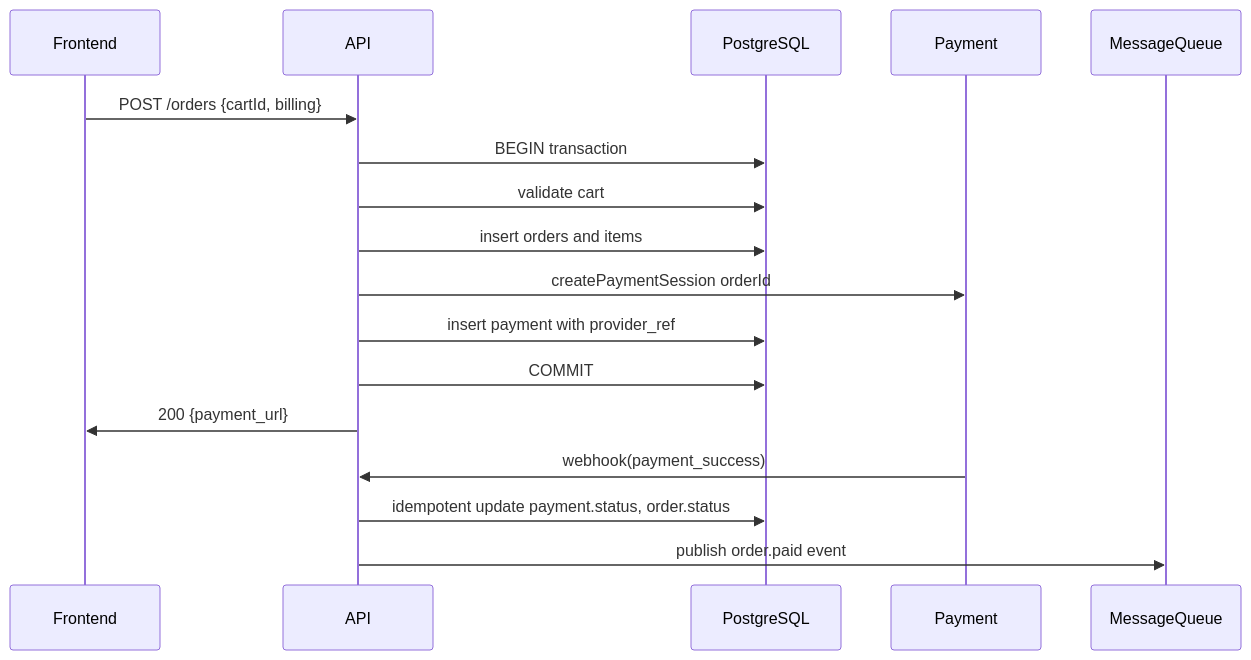
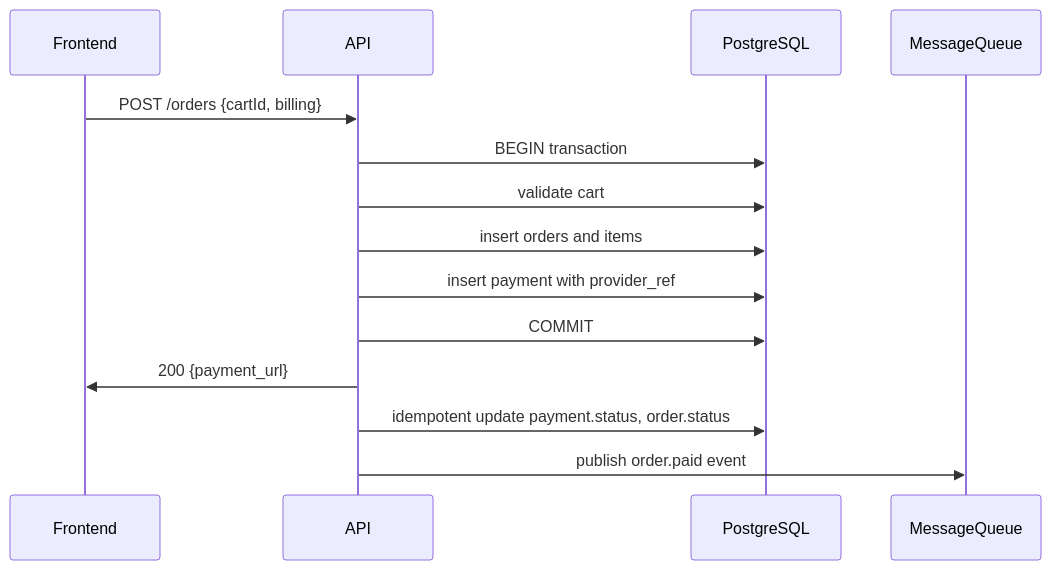
The third of 5 diagrams in docs/arc42.md (CM-market/transac), drawn with Mermaid before and after one commit. The commit also changed other lines of this file and 16 other files, not shown here.

````diff
--- a/docs/arc42.md
+++ b/docs/arc42.md
@@ -171,20 +140,17 @@
 ```mermaid
 sequenceDiagram
   participant F as Frontend
   participant A as API
   participant DB as PostgreSQL
-  participant P as Payment
   participant MQ as MessageQueue
 
   F->>A: POST /orders {cartId, billing}
   A->>DB: BEGIN transaction
   A->>DB: validate cart
   A->>DB: insert orders and items
-  A->>P: createPaymentSession orderId
   A->>DB: insert payment with provider_ref
   A->>DB: COMMIT
   A->>F: 200 {payment_url}
-  P->>A: webhook(payment_success)
   A->>DB: idempotent update payment.status, order.status
   A->>MQ: publish order.paid event
 ```
````
